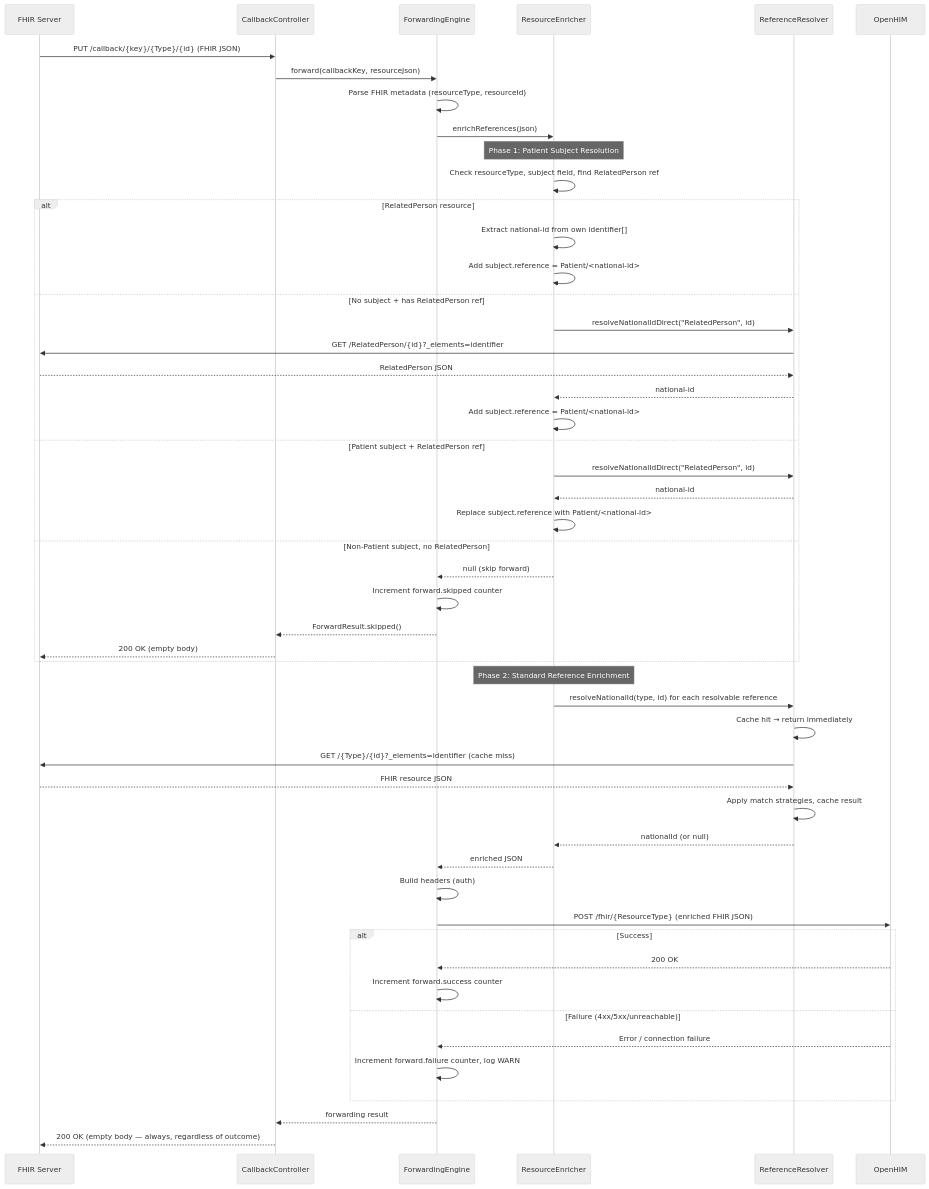
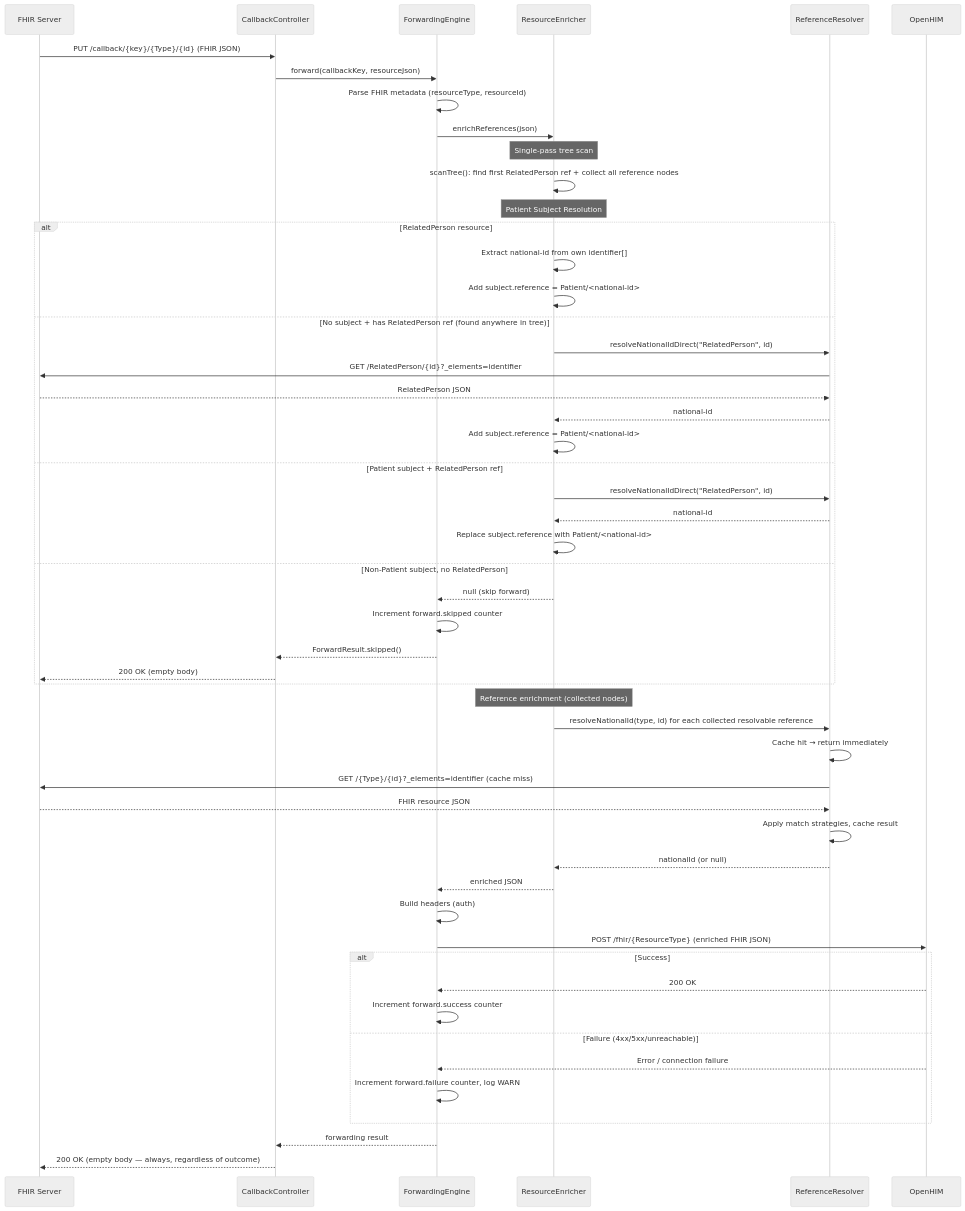
Before and after one commit to ishashankakkasali/fhir-cce-emitter-adaptor: the second of 2 diagrams in docs/architecture.md, drawn with Mermaid (neutral theme). The commit also changed other lines of this file and 5 other files, not shown here.

Commit message:
update: Refactor ResourceEnricher to implement single-pass tree scan for RelatedPerson references and enhance documentation

````diff
--- a/docs/architecture.md
+++ b/docs/architecture.md
@@ -295,57 +295,59 @@
 ```mermaid
 sequenceDiagram
     participant FS as FHIR Server
     participant CB as CallbackController
     participant FE as ForwardingEngine
     participant RE as ResourceEnricher
     participant RR as ReferenceResolver
     participant T as OpenHIM
 
     FS->>CB: PUT /callback/{key}/{Type}/{id} (FHIR JSON)
     CB->>FE: forward(callbackKey, resourceJson)
     FE->>FE: Parse FHIR metadata (resourceType, resourceId)
     FE->>RE: enrichReferences(json)
 
-    Note over RE: Phase 1: Patient Subject Resolution
-    RE->>RE: Check resourceType, subject field, find RelatedPerson ref
+    Note over RE: Single-pass tree scan
+    RE->>RE: scanTree(): find first RelatedPerson ref + collect all reference nodes
+
+    Note over RE: Patient Subject Resolution
     alt RelatedPerson resource
         RE->>RE: Extract national-id from own identifier[]
         RE->>RE: Add subject.reference = Patient/<national-id>
-    else No subject + has RelatedPerson ref
+    else No subject + has RelatedPerson ref (found anywhere in tree)
         RE->>RR: resolveNationalIdDirect("RelatedPerson", id)
         RR->>FS: GET /RelatedPerson/{id}?_elements=identifier
         FS-->>RR: RelatedPerson JSON
         RR-->>RE: national-id
         RE->>RE: Add subject.reference = Patient/<national-id>
     else Patient subject + RelatedPerson ref
         RE->>RR: resolveNationalIdDirect("RelatedPerson", id)
         RR-->>RE: national-id
         RE->>RE: Replace subject.reference with Patient/<national-id>
     else Non-Patient subject, no RelatedPerson
         RE-->>FE: null (skip forward)
         FE->>FE: Increment forward.skipped counter
         FE-->>CB: ForwardResult.skipped()
         CB-->>FS: 200 OK (empty body)
     end
 
-    Note over RE: Phase 2: Standard Reference Enrichment
-    RE->>RR: resolveNationalId(type, id) for each resolvable reference
+    Note over RE: Reference enrichment (collected nodes)
+    RE->>RR: resolveNationalId(type, id) for each collected resolvable reference
     RR->>RR: Cache hit → return immediately
     RR->>FS: GET /{Type}/{id}?_elements=identifier (cache miss)
     FS-->>RR: FHIR resource JSON
     RR->>RR: Apply match strategies, cache result
     RR-->>RE: nationalId (or null)
     RE-->>FE: enriched JSON
 
     FE->>FE: Build headers (auth)
     FE->>T: POST /fhir/{ResourceType} (enriched FHIR JSON)
     alt Success
         T-->>FE: 200 OK
         FE->>FE: Increment forward.success counter
     else Failure (4xx/5xx/unreachable)
         T-->>FE: Error / connection failure
         FE->>FE: Increment forward.failure counter, log WARN
     end
     FE-->>CB: forwarding result
     CB-->>FS: 200 OK (empty body — always, regardless of outcome)
 ```
````
